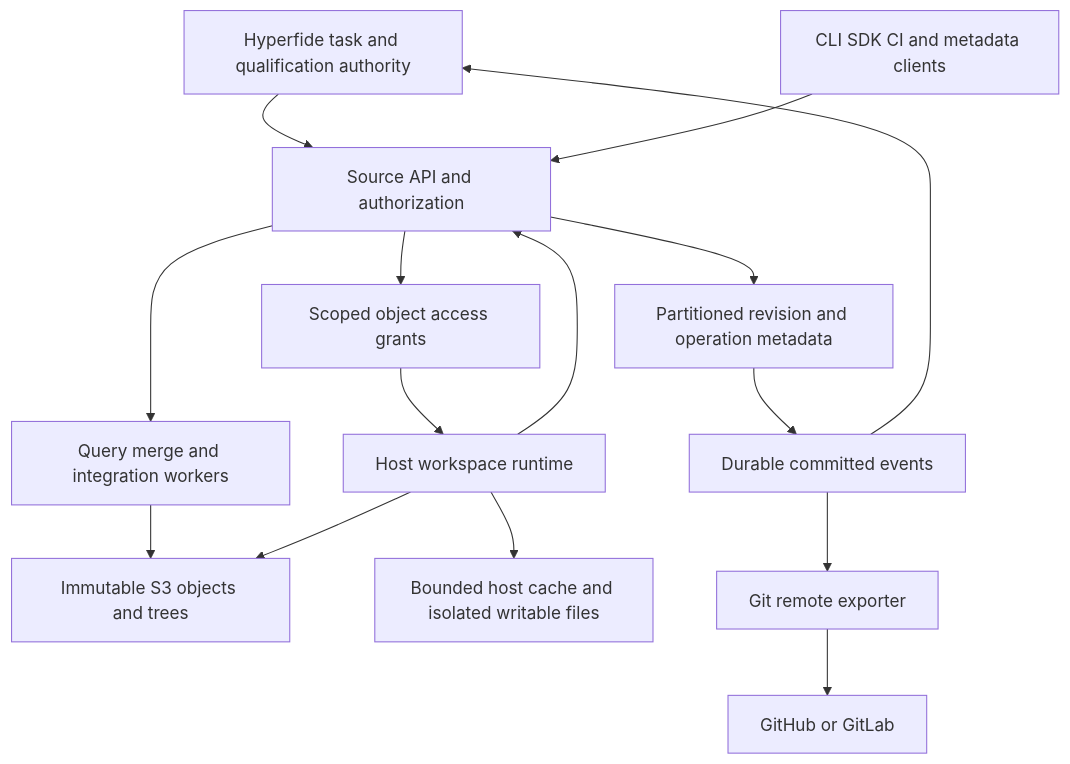
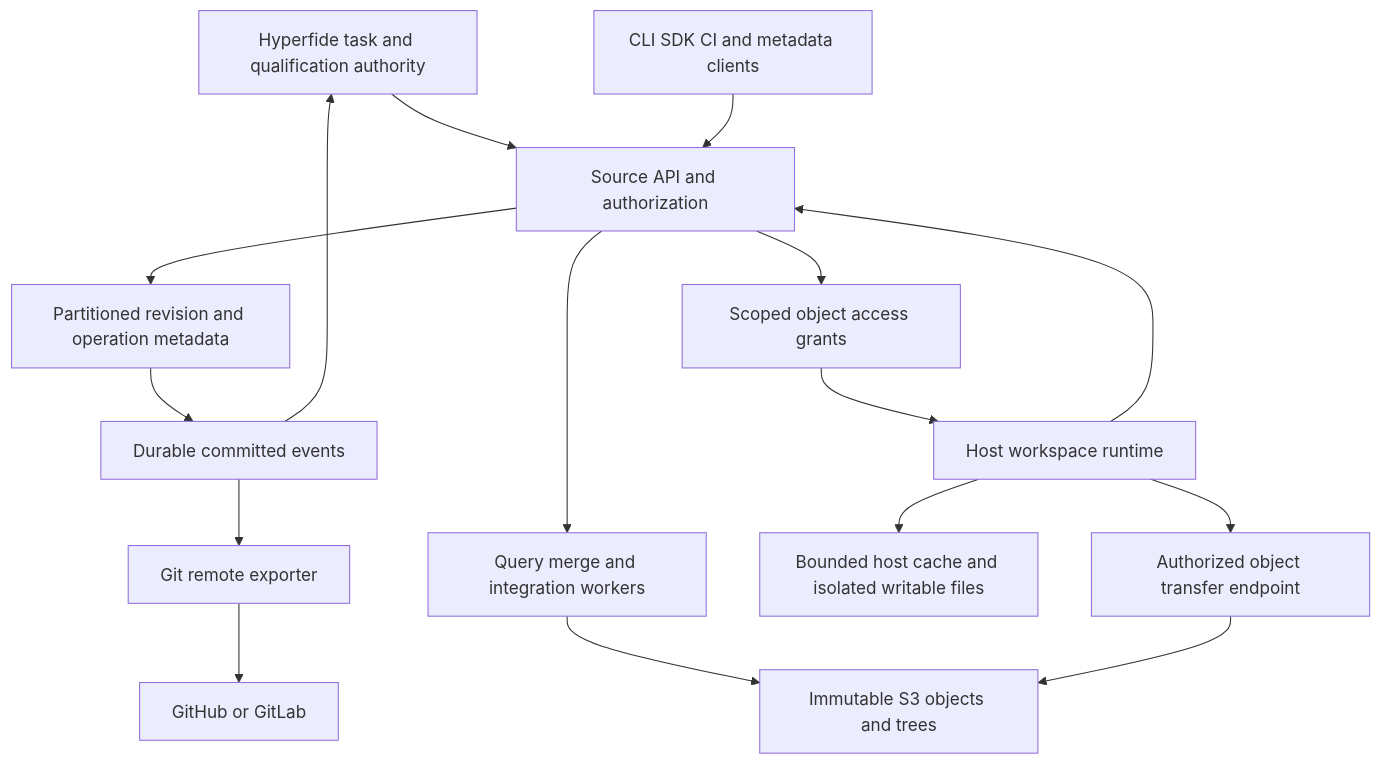
Before and after one commit to Sidiora-Labs/paxeer-monorepo: the diagram in spec/layerx-merge/source-control/design.body.md, drawn with Mermaid. The commit also changed other lines of this file and 10 other files, not shown here.

````diff
--- a/spec/layerx-merge/source-control/design.body.md
+++ b/spec/layerx-merge/source-control/design.body.md
@@ -46,17 +46,18 @@
 ```mermaid
 flowchart TB
   H[Hyperfide task and qualification authority] --> A[Source API and authorization]
   C[CLI SDK CI and metadata clients] --> A
   W[Host workspace runtime] --> A
   A --> M[Partitioned revision and operation metadata]
   A --> Q[Query merge and integration workers]
   Q --> O[Immutable S3 objects and trees]
   A --> G[Scoped object access grants]
   G --> W
-  W --> O
+  W --> T[Authorized object transfer endpoint]
+  T --> O
   W --> L[Bounded host cache and isolated writable files]
   M --> E[Durable committed events]
   E --> H
   E --> X[Git remote exporter]
   X --> R[GitHub or GitLab]
 ```
````
